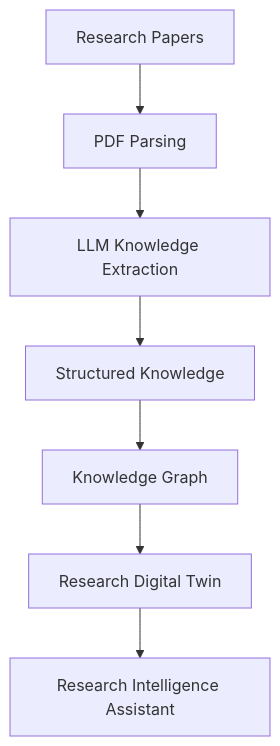
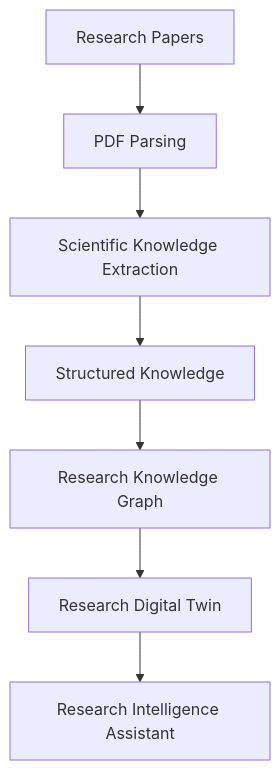
One commit to farahalmujaljel/Burhan changed the third of 5 diagrams in README.md. Above: the diagram before and after it, drawn with Mermaid. The commit also changed other lines of this file, not shown here.

````diff
--- a/README.md
+++ b/README.md
@@ -158,24 +153,18 @@
 ```mermaid
 flowchart TD
 
     A[Research Papers]
-
     B[PDF Parsing]
-
-    C[LLM Knowledge Extraction]
-
+    C[Scientific Knowledge Extraction]
     D[Structured Knowledge]
-
-    E[Knowledge Graph]
-
+    E[Research Knowledge Graph]
     F[Research Digital Twin]
-
     G[Research Intelligence Assistant]
 
     A --> B
     B --> C
     C --> D
     D --> E
     E --> F
     F --> G
 ```
````
